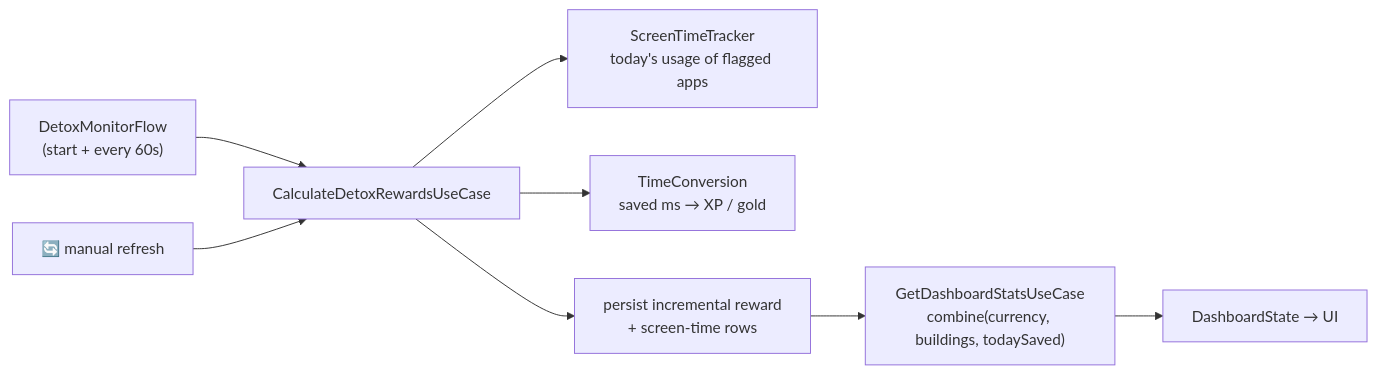
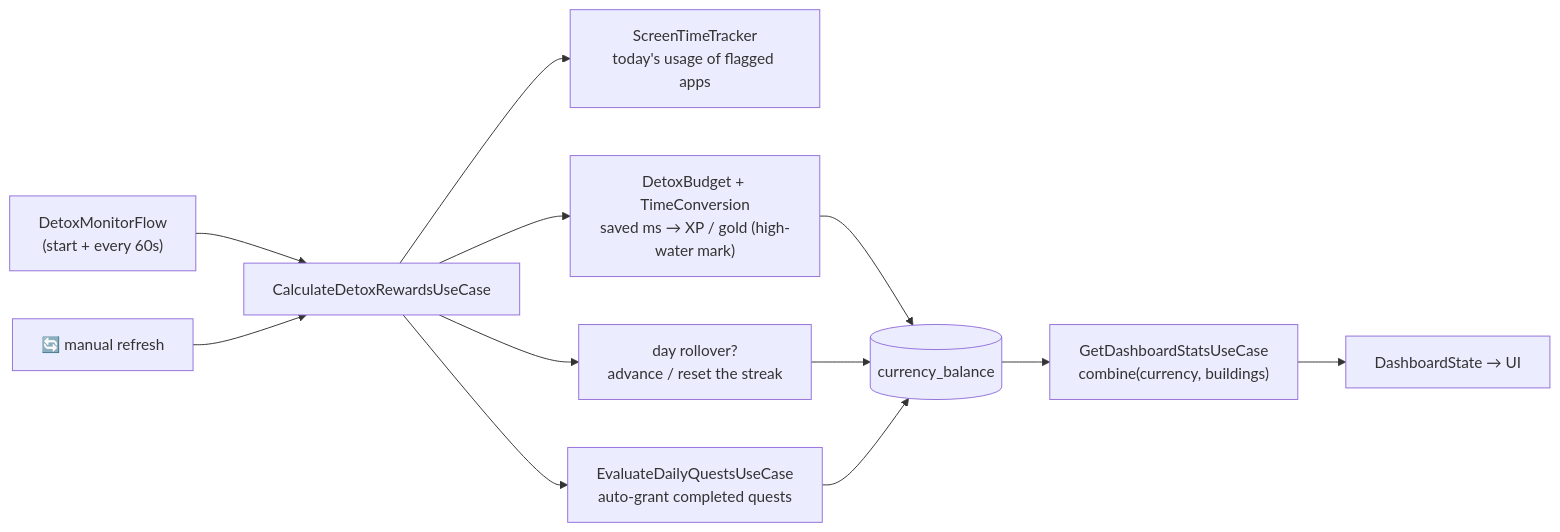
One commit to udshah31/QuestLog changed the second of 2 diagrams in README.md. Above: the diagram before and after it, drawn with Mermaid. The commit also changed other lines of this file, not shown here.

````diff
--- a/README.md
+++ b/README.md
@@ -61,10 +63,14 @@
 ```mermaid
 flowchart LR
     MON["DetoxMonitorFlow<br/>(start + every 60s)"] --> CALC["CalculateDetoxRewardsUseCase"]
     BTN["🔄 manual refresh"] --> CALC
     CALC --> TRK["ScreenTimeTracker<br/>today's usage of flagged apps"]
-    CALC --> CONV["TimeConversion<br/>saved ms → XP / gold"]
-    CALC --> WRITE["persist incremental reward<br/>+ screen-time rows"]
-    WRITE --> DASH["GetDashboardStatsUseCase<br/>combine(currency, buildings, todaySaved)"]
+    CALC --> REWARD["DetoxBudget + TimeConversion<br/>saved ms → XP / gold (high-water mark)"]
+    CALC --> STREAK["day rollover?<br/>advance / reset the streak"]
+    CALC --> QUESTS["EvaluateDailyQuestsUseCase<br/>auto-grant completed quests"]
+    REWARD --> BAL[("currency_balance")]
+    STREAK --> BAL
+    QUESTS --> BAL
+    BAL --> DASH["GetDashboardStatsUseCase<br/>combine(currency, buildings)"]
     DASH --> STATE["DashboardState → UI"]
 ```
````
